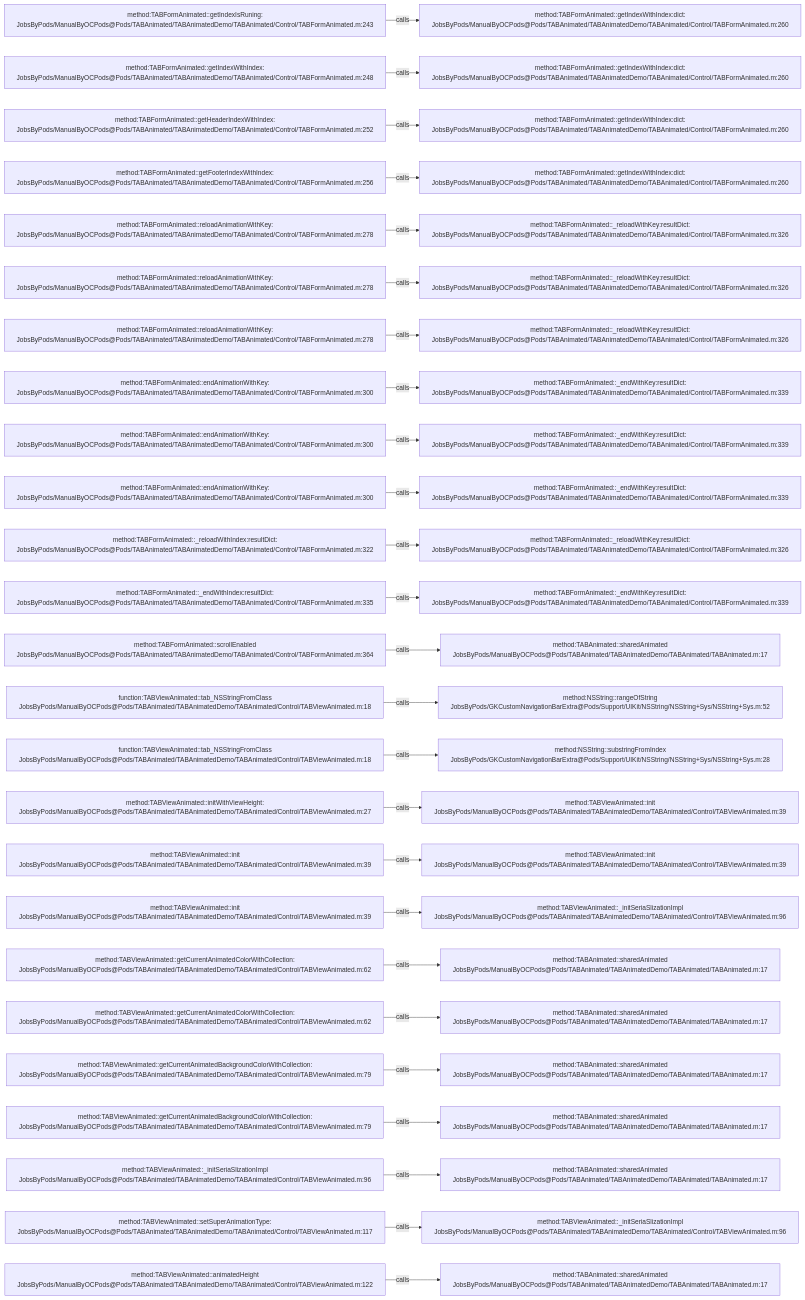
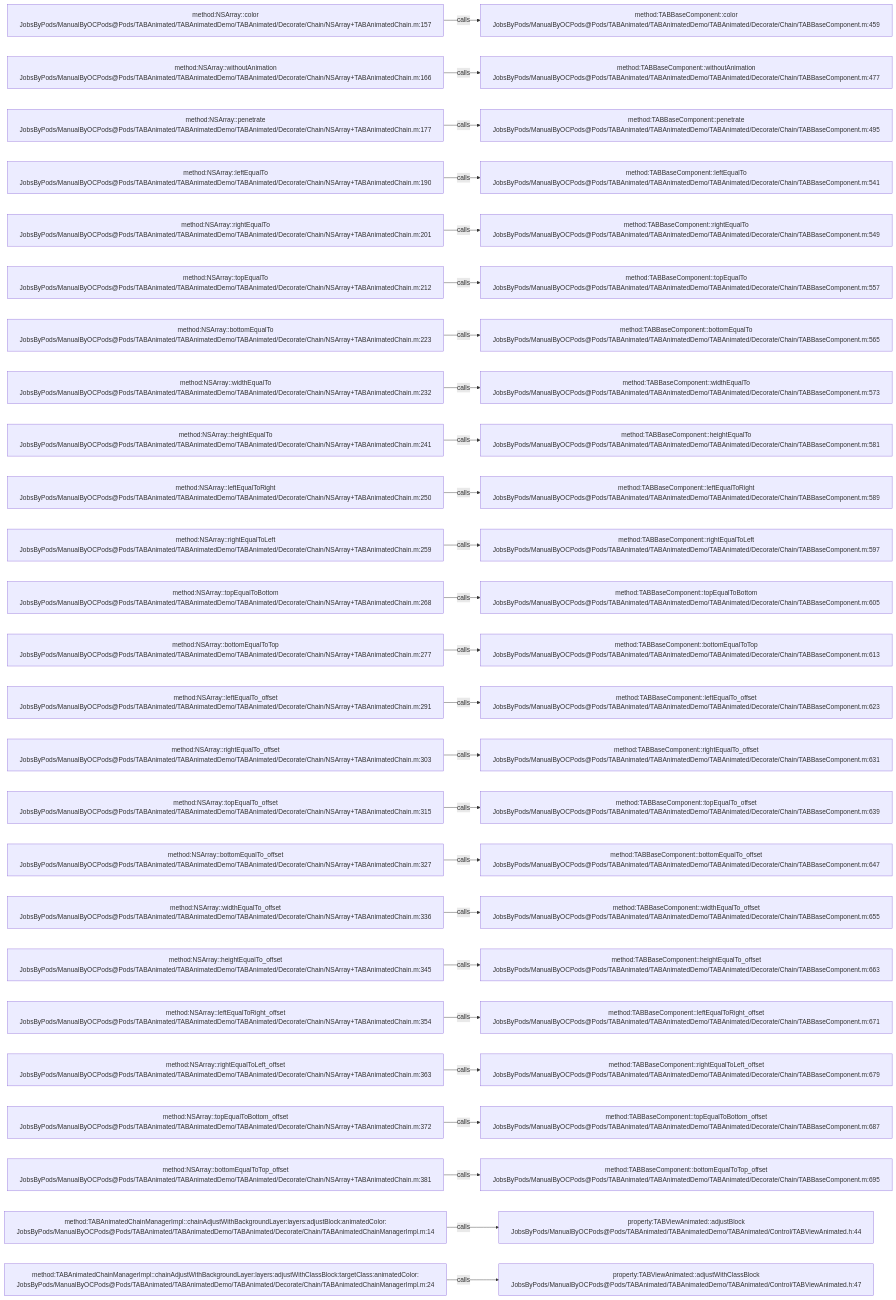
The diagram in .codegraph/codegraph.md/graphs/calls-023.md (JobsKits/JobsOCBaseConfigDemo), drawn with Mermaid before and after one commit. The commit also changed 1448 other files, not shown here.

````diff
--- a/.codegraph/codegraph.md/graphs/calls-023.md
+++ b/.codegraph/codegraph.md/graphs/calls-023.md
@@ -13,78 +13,78 @@
 ```mermaid
 flowchart LR
-  S1["method:TABFormAnimated::getIndexIsRuning:<br/>JobsByPods/ManualByOCPods@Pods/TABAnimated/TABAnimatedDemo/TABAnimated/Control/TABFormAnimated.m:243"]
-  T1["method:TABFormAnimated::getIndexWithIndex:dict:<br/>JobsByPods/ManualByOCPods@Pods/TABAnimated/TABAnimatedDemo/TABAnimated/Control/TABFormAnimated.m:260"]
+  S1["method:NSArray::color<br/>JobsByPods/ManualByOCPods@Pods/TABAnimated/TABAnimatedDemo/TABAnimated/Decorate/Chain/NSArray+TABAnimatedChain.m:157"]
+  T1["method:TABBaseComponent::color<br/>JobsByPods/ManualByOCPods@Pods/TABAnimated/TABAnimatedDemo/TABAnimated/Decorate/Chain/TABBaseComponent.m:459"]
   S1 -->|calls| T1
-  S2["method:TABFormAnimated::getIndexWithIndex:<br/>JobsByPods/ManualByOCPods@Pods/TABAnimated/TABAnimatedDemo/TABAnimated/Control/TABFormAnimated.m:248"]
-  T2["method:TABFormAnimated::getIndexWithIndex:dict:<br/>JobsByPods/ManualByOCPods@Pods/TABAnimated/TABAnimatedDemo/TABAnimated/Control/TABFormAnimated.m:260"]
+  S2["method:NSArray::withoutAnimation<br/>JobsByPods/ManualByOCPods@Pods/TABAnimated/TABAnimatedDemo/TABAnimated/Decorate/Chain/NSArray+TABAnimatedChain.m:166"]
+  T2["method:TABBaseComponent::withoutAnimation<br/>JobsByPods/ManualByOCPods@Pods/TABAnimated/TABAnimatedDemo/TABAnimated/Decorate/Chain/TABBaseComponent.m:477"]
   S2 -->|calls| T2
-  S3["method:TABFormAnimated::getHeaderIndexWithIndex:<br/>JobsByPods/ManualByOCPods@Pods/TABAnimated/TABAnimatedDemo/TABAnimated/Control/TABFormAnimated.m:252"]
-  T3["method:TABFormAnimated::getIndexWithIndex:dict:<br/>JobsByPods/ManualByOCPods@Pods/TABAnimated/TABAnimatedDemo/TABAnimated/Control/TABFormAnimated.m:260"]
+  S3["method:NSArray::penetrate<br/>JobsByPods/ManualByOCPods@Pods/TABAnimated/TABAnimatedDemo/TABAnimated/Decorate/Chain/NSArray+TABAnimatedChain.m:177"]
+  T3["method:TABBaseComponent::penetrate<br/>JobsByPods/ManualByOCPods@Pods/TABAnimated/TABAnimatedDemo/TABAnimated/Decorate/Chain/TABBaseComponent.m:495"]
   S3 -->|calls| T3
-  S4["method:TABFormAnimated::getFooterIndexWithIndex:<br/>JobsByPods/ManualByOCPods@Pods/TABAnimated/TABAnimatedDemo/TABAnimated/Control/TABFormAnimated.m:256"]
-  T4["method:TABFormAnimated::getIndexWithIndex:dict:<br/>JobsByPods/ManualByOCPods@Pods/TABAnimated/TABAnimatedDemo/TABAnimated/Control/TABFormAnimated.m:260"]
+  S4["method:NSArray::leftEqualTo<br/>JobsByPods/ManualByOCPods@Pods/TABAnimated/TABAnimatedDemo/TABAnimated/Decorate/Chain/NSArray+TABAnimatedChain.m:190"]
+  T4["method:TABBaseComponent::leftEqualTo<br/>JobsByPods/ManualByOCPods@Pods/TABAnimated/TABAnimatedDemo/TABAnimated/Decorate/Chain/TABBaseComponent.m:541"]
   S4 -->|calls| T4
-  S5["method:TABFormAnimated::reloadAnimationWithKey:<br/>JobsByPods/ManualByOCPods@Pods/TABAnimated/TABAnimatedDemo/TABAnimated/Control/TABFormAnimated.m:278"]
-  T5["method:TABFormAnimated::_reloadWithKey:resultDict:<br/>JobsByPods/ManualByOCPods@Pods/TABAnimated/TABAnimatedDemo/TABAnimated/Control/TABFormAnimated.m:326"]
+  S5["method:NSArray::rightEqualTo<br/>JobsByPods/ManualByOCPods@Pods/TABAnimated/TABAnimatedDemo/TABAnimated/Decorate/Chain/NSArray+TABAnimatedChain.m:201"]
+  T5["method:TABBaseComponent::rightEqualTo<br/>JobsByPods/ManualByOCPods@Pods/TABAnimated/TABAnimatedDemo/TABAnimated/Decorate/Chain/TABBaseComponent.m:549"]
   S5 -->|calls| T5
-  S6["method:TABFormAnimated::reloadAnimationWithKey:<br/>JobsByPods/ManualByOCPods@Pods/TABAnimated/TABAnimatedDemo/TABAnimated/Control/TABFormAnimated.m:278"]
-  T6["method:TABFormAnimated::_reloadWithKey:resultDict:<br/>JobsByPods/ManualByOCPods@Pods/TABAnimated/TABAnimatedDemo/TABAnimated/Control/TABFormAnimated.m:326"]
+  S6["method:NSArray::topEqualTo<br/>JobsByPods/ManualByOCPods@Pods/TABAnimated/TABAnimatedDemo/TABAnimated/Decorate/Chain/NSArray+TABAnimatedChain.m:212"]
+  T6["method:TABBaseComponent::topEqualTo<br/>JobsByPods/ManualByOCPods@Pods/TABAnimated/TABAnimatedDemo/TABAnimated/Decorate/Chain/TABBaseComponent.m:557"]
   S6 -->|calls| T6
-  S7["method:TABFormAnimated::reloadAnimationWithKey:<br/>JobsByPods/ManualByOCPods@Pods/TABAnimated/TABAnimatedDemo/TABAnimated/Control/TABFormAnimated.m:278"]
-  T7["method:TABFormAnimated::_reloadWithKey:resultDict:<br/>JobsByPods/ManualByOCPods@Pods/TABAnimated/TABAnimatedDemo/TABAnimated/Control/TABFormAnimated.m:326"]
+  S7["method:NSArray::bottomEqualTo<br/>JobsByPods/ManualByOCPods@Pods/TABAnimated/TABAnimatedDemo/TABAnimated/Decorate/Chain/NSArray+TABAnimatedChain.m:223"]
+  T7["method:TABBaseComponent::bottomEqualTo<br/>JobsByPods/ManualByOCPods@Pods/TABAnimated/TABAnimatedDemo/TABAnimated/Decorate/Chain/TABBaseComponent.m:565"]
   S7 -->|calls| T7
-  S8["method:TABFormAnimated::endAnimationWithKey:<br/>JobsByPods/ManualByOCPods@Pods/TABAnimated/TABAnimatedDemo/TABAnimated/Control/TABFormAnimated.m:300"]
-  T8["method:TABFormAnimated::_endWithKey:resultDict:<br/>JobsByPods/ManualByOCPods@Pods/TABAnimated/TABAnimatedDemo/TABAnimated/Control/TABFormAnimated.m:339"]
+  S8["method:NSArray::widthEqualTo<br/>JobsByPods/ManualByOCPods@Pods/TABAnimated/TABAnimatedDemo/TABAnimated/Decorate/Chain/NSArray+TABAnimatedChain.m:232"]
+  T8["method:TABBaseComponent::widthEqualTo<br/>JobsByPods/ManualByOCPods@Pods/TABAnimated/TABAnimatedDemo/TABAnimated/Decorate/Chain/TABBaseComponent.m:573"]
   S8 -->|calls| T8
-  S9["method:TABFormAnimated::endAnimationWithKey:<br/>JobsByPods/ManualByOCPods@Pods/TABAnimated/TABAnimatedDemo/TABAnimated/Control/TABFormAnimated.m:300"]
-  T9["method:TABFormAnimated::_endWithKey:resultDict:<br/>JobsByPods/ManualByOCPods@Pods/TABAnimated/TABAnimatedDemo/TABAnimated/Control/TABFormAnimated.m:339"]
+  S9["method:NSArray::heightEqualTo<br/>JobsByPods/ManualByOCPods@Pods/TABAnimated/TABAnimatedDemo/TABAnimated/Decorate/Chain/NSArray+TABAnimatedChain.m:241"]
+  T9["method:TABBaseComponent::heightEqualTo<br/>JobsByPods/ManualByOCPods@Pods/TABAnimated/TABAnimatedDemo/TABAnimated/Decorate/Chain/TABBaseComponent.m:581"]
   S9 -->|calls| T9
-  S10["method:TABFormAnimated::endAnimationWithKey:<br/>JobsByPods/ManualByOCPods@Pods/TABAnimated/TABAnimatedDemo/TABAnimated/Control/TABFormAnimated.m:300"]
-  T10["method:TABFormAnimated::_endWithKey:resultDict:<br/>JobsByPods/ManualByOCPods@Pods/TABAnimated/TABAnimatedDemo/TABAnimated/Control/TABFormAnimated.m:339"]
+  S10["method:NSArray::leftEqualToRight<br/>JobsByPods/ManualByOCPods@Pods/TABAnimated/TABAnimatedDemo/TABAnimated/Decorate/Chain/NSArray+TABAnimatedChain.m:250"]
+  T10["method:TABBaseComponent::leftEqualToRight<br/>JobsByPods/ManualByOCPods@Pods/TABAnimated/TABAnimatedDemo/TABAnimated/Decorate/Chain/TABBaseComponent.m:589"]
   S10 -->|calls| T10
-  S11["method:TABFormAnimated::_reloadWithIndex:resultDict:<br/>JobsByPods/ManualByOCPods@Pods/TABAnimated/TABAnimatedDemo/TABAnimated/Control/TABFormAnimated.m:322"]
-  T11["method:TABFormAnimated::_reloadWithKey:resultDict:<br/>JobsByPods/ManualByOCPods@Pods/TABAnimated/TABAnimatedDemo/TABAnimated/Control/TABFormAnimated.m:326"]
+  S11["method:NSArray::rightEqualToLeft<br/>JobsByPods/ManualByOCPods@Pods/TABAnimated/TABAnimatedDemo/TABAnimated/Decorate/Chain/NSArray+TABAnimatedChain.m:259"]
+  T11["method:TABBaseComponent::rightEqualToLeft<br/>JobsByPods/ManualByOCPods@Pods/TABAnimated/TABAnimatedDemo/TABAnimated/Decorate/Chain/TABBaseComponent.m:597"]
   S11 -->|calls| T11
-  S12["method:TABFormAnimated::_endWithIndex:resultDict:<br/>JobsByPods/ManualByOCPods@Pods/TABAnimated/TABAnimatedDemo/TABAnimated/Control/TABFormAnimated.m:335"]
-  T12["method:TABFormAnimated::_endWithKey:resultDict:<br/>JobsByPods/ManualByOCPods@Pods/TABAnimated/TABAnimatedDemo/TABAnimated/Control/TABFormAnimated.m:339"]
+  S12["method:NSArray::topEqualToBottom<br/>JobsByPods/ManualByOCPods@Pods/TABAnimated/TABAnimatedDemo/TABAnimated/Decorate/Chain/NSArray+TABAnimatedChain.m:268"]
+  T12["method:TABBaseComponent::topEqualToBottom<br/>JobsByPods/ManualByOCPods@Pods/TABAnimated/TABAnimatedDemo/TABAnimated/Decorate/Chain/TABBaseComponent.m:605"]
   S12 -->|calls| T12
-  S13["method:TABFormAnimated::scrollEnabled<br/>JobsByPods/ManualByOCPods@Pods/TABAnimated/TABAnimatedDemo/TABAnimated/Control/TABFormAnimated.m:364"]
-  T13["method:TABAnimated::sharedAnimated<br/>JobsByPods/ManualByOCPods@Pods/TABAnimated/TABAnimatedDemo/TABAnimated/TABAnimated.m:17"]
+  S13["method:NSArray::bottomEqualToTop<br/>JobsByPods/ManualByOCPods@Pods/TABAnimated/TABAnimatedDemo/TABAnimated/Decorate/Chain/NSArray+TABAnimatedChain.m:277"]
+  T13["method:TABBaseComponent::bottomEqualToTop<br/>JobsByPods/ManualByOCPods@Pods/TABAnimated/TABAnimatedDemo/TABAnimated/Decorate/Chain/TABBaseComponent.m:613"]
   S13 -->|calls| T13
-  S14["function:TABViewAnimated::tab_NSStringFromClass<br/>JobsByPods/ManualByOCPods@Pods/TABAnimated/TABAnimatedDemo/TABAnimated/Control/TABViewAnimated.m:18"]
-  T14["method:NSString::rangeOfString<br/>JobsByPods/GKCustomNavigationBarExtra@Pods/Support/UIKit/NSString/NSString+Sys/NSString+Sys.m:52"]
+  S14["method:NSArray::leftEqualTo_offset<br/>JobsByPods/ManualByOCPods@Pods/TABAnimated/TABAnimatedDemo/TABAnimated/Decorate/Chain/NSArray+TABAnimatedChain.m:291"]
+  T14["method:TABBaseComponent::leftEqualTo_offset<br/>JobsByPods/ManualByOCPods@Pods/TABAnimated/TABAnimatedDemo/TABAnimated/Decorate/Chain/TABBaseComponent.m:623"]
   S14 -->|calls| T14
-  S15["function:TABViewAnimated::tab_NSStringFromClass<br/>JobsByPods/ManualByOCPods@Pods/TABAnimated/TABAnimatedDemo/TABAnimated/Control/TABViewAnimated.m:18"]
-  T15["method:NSString::substringFromIndex<br/>JobsByPods/GKCustomNavigationBarExtra@Pods/Support/UIKit/NSString/NSString+Sys/NSString+Sys.m:28"]
+  S15["method:NSArray::rightEqualTo_offset<br/>JobsByPods/ManualByOCPods@Pods/TABAnimated/TABAnimatedDemo/TABAnimated/Decorate/Chain/NSArray+TABAnimatedChain.m:303"]
+  T15["method:TABBaseComponent::rightEqualTo_offset<br/>JobsByPods/ManualByOCPods@Pods/TABAnimated/TABAnimatedDemo/TABAnimated/Decorate/Chain/TABBaseComponent.m:631"]
   S15 -->|calls| T15
-  S16["method:TABViewAnimated::initWithViewHeight:<br/>JobsByPods/ManualByOCPods@Pods/TABAnimated/TABAnimatedDemo/TABAnimated/Control/TABViewAnimated.m:27"]
-  T16["method:TABViewAnimated::init<br/>JobsByPods/ManualByOCPods@Pods/TABAnimated/TABAnimatedDemo/TABAnimated/Control/TABViewAnimated.m:39"]
+  S16["method:NSArray::topEqualTo_offset<br/>JobsByPods/ManualByOCPods@Pods/TABAnimated/TABAnimatedDemo/TABAnimated/Decorate/Chain/NSArray+TABAnimatedChain.m:315"]
+  T16["method:TABBaseComponent::topEqualTo_offset<br/>JobsByPods/ManualByOCPods@Pods/TABAnimated/TABAnimatedDemo/TABAnimated/Decorate/Chain/TABBaseComponent.m:639"]
   S16 -->|calls| T16
-  S17["method:TABViewAnimated::init<br/>JobsByPods/ManualByOCPods@Pods/TABAnimated/TABAnimatedDemo/TABAnimated/Control/TABViewAnimated.m:39"]
-  T17["method:TABViewAnimated::init<br/>JobsByPods/ManualByOCPods@Pods/TABAnimated/TABAnimatedDemo/TABAnimated/Control/TABViewAnimated.m:39"]
+  S17["method:NSArray::bottomEqualTo_offset<br/>JobsByPods/ManualByOCPods@Pods/TABAnimated/TABAnimatedDemo/TABAnimated/Decorate/Chain/NSArray+TABAnimatedChain.m:327"]
+  T17["method:TABBaseComponent::bottomEqualTo_offset<br/>JobsByPods/ManualByOCPods@Pods/TABAnimated/TABAnimatedDemo/TABAnimated/Decorate/Chain/TABBaseComponent.m:647"]
   S17 -->|calls| T17
-  S18["method:TABViewAnimated::init<br/>JobsByPods/ManualByOCPods@Pods/TABAnimated/TABAnimatedDemo/TABAnimated/Control/TABViewAnimated.m:39"]
-  T18["method:TABViewAnimated::_initSeriaSlizationImpl<br/>JobsByPods/ManualByOCPods@Pods/TABAnimated/TABAnimatedDemo/TABAnimated/Control/TABViewAnimated.m:96"]
+  S18["method:NSArray::widthEqualTo_offset<br/>JobsByPods/ManualByOCPods@Pods/TABAnimated/TABAnimatedDemo/TABAnimated/Decorate/Chain/NSArray+TABAnimatedChain.m:336"]
+  T18["method:TABBaseComponent::widthEqualTo_offset<br/>JobsByPods/ManualByOCPods@Pods/TABAnimated/TABAnimatedDemo/TABAnimated/Decorate/Chain/TABBaseComponent.m:655"]
   S18 -->|calls| T18
-  S19["method:TABViewAnimated::getCurrentAnimatedColorWithCollection:<br/>JobsByPods/ManualByOCPods@Pods/TABAnimated/TABAnimatedDemo/TABAnimated/Control/TABViewAnimated.m:62"]
-  T19["method:TABAnimated::sharedAnimated<br/>JobsByPods/ManualByOCPods@Pods/TABAnimated/TABAnimatedDemo/TABAnimated/TABAnimated.m:17"]
+  S19["method:NSArray::heightEqualTo_offset<br/>JobsByPods/ManualByOCPods@Pods/TABAnimated/TABAnimatedDemo/TABAnimated/Decorate/Chain/NSArray+TABAnimatedChain.m:345"]
+  T19["method:TABBaseComponent::heightEqualTo_offset<br/>JobsByPods/ManualByOCPods@Pods/TABAnimated/TABAnimatedDemo/TABAnimated/Decorate/Chain/TABBaseComponent.m:663"]
   S19 -->|calls| T19
-  S20["method:TABViewAnimated::getCurrentAnimatedColorWithCollection:<br/>JobsByPods/ManualByOCPods@Pods/TABAnimated/TABAnimatedDemo/TABAnimated/Control/TABViewAnimated.m:62"]
-  T20["method:TABAnimated::sharedAnimated<br/>JobsByPods/ManualByOCPods@Pods/TABAnimated/TABAnimatedDemo/TABAnimated/TABAnimated.m:17"]
+  S20["method:NSArray::leftEqualToRight_offset<br/>JobsByPods/ManualByOCPods@Pods/TABAnimated/TABAnimatedDemo/TABAnimated/Decorate/Chain/NSArray+TABAnimatedChain.m:354"]
+  T20["method:TABBaseComponent::leftEqualToRight_offset<br/>JobsByPods/ManualByOCPods@Pods/TABAnimated/TABAnimatedDemo/TABAnimated/Decorate/Chain/TABBaseComponent.m:671"]
   S20 -->|calls| T20
-  S21["method:TABViewAnimated::getCurrentAnimatedBackgroundColorWithCollection:<br/>JobsByPods/ManualByOCPods@Pods/TABAnimated/TABAnimatedDemo/TABAnimated/Control/TABViewAnimated.m:79"]
-  T21["method:TABAnimated::sharedAnimated<br/>JobsByPods/ManualByOCPods@Pods/TABAnimated/TABAnimatedDemo/TABAnimated/TABAnimated.m:17"]
+  S21["method:NSArray::rightEqualToLeft_offset<br/>JobsByPods/ManualByOCPods@Pods/TABAnimated/TABAnimatedDemo/TABAnimated/Decorate/Chain/NSArray+TABAnimatedChain.m:363"]
+  T21["method:TABBaseComponent::rightEqualToLeft_offset<br/>JobsByPods/ManualByOCPods@Pods/TABAnimated/TABAnimatedDemo/TABAnimated/Decorate/Chain/TABBaseComponent.m:679"]
   S21 -->|calls| T21
-  S22["method:TABViewAnimated::getCurrentAnimatedBackgroundColorWithCollection:<br/>JobsByPods/ManualByOCPods@Pods/TABAnimated/TABAnimatedDemo/TABAnimated/Control/TABViewAnimated.m:79"]
-  T22["method:TABAnimated::sharedAnimated<br/>JobsByPods/ManualByOCPods@Pods/TABAnimated/TABAnimatedDemo/TABAnimated/TABAnimated.m:17"]
+  S22["method:NSArray::topEqualToBottom_offset<br/>JobsByPods/ManualByOCPods@Pods/TABAnimated/TABAnimatedDemo/TABAnimated/Decorate/Chain/NSArray+TABAnimatedChain.m:372"]
+  T22["method:TABBaseComponent::topEqualToBottom_offset<br/>JobsByPods/ManualByOCPods@Pods/TABAnimated/TABAnimatedDemo/TABAnimated/Decorate/Chain/TABBaseComponent.m:687"]
   S22 -->|calls| T22
-  S23["method:TABViewAnimated::_initSeriaSlizationImpl<br/>JobsByPods/ManualByOCPods@Pods/TABAnimated/TABAnimatedDemo/TABAnimated/Control/TABViewAnimated.m:96"]
-  T23["method:TABAnimated::sharedAnimated<br/>JobsByPods/ManualByOCPods@Pods/TABAnimated/TABAnimatedDemo/TABAnimated/TABAnimated.m:17"]
+  S23["method:NSArray::bottomEqualToTop_offset<br/>JobsByPods/ManualByOCPods@Pods/TABAnimated/TABAnimatedDemo/TABAnimated/Decorate/Chain/NSArray+TABAnimatedChain.m:381"]
+  T23["method:TABBaseComponent::bottomEqualToTop_offset<br/>JobsByPods/ManualByOCPods@Pods/TABAnimated/TABAnimatedDemo/TABAnimated/Decorate/Chain/TABBaseComponent.m:695"]
   S23 -->|calls| T23
-  S24["method:TABViewAnimated::setSuperAnimationType:<br/>JobsByPods/ManualByOCPods@Pods/TABAnimated/TABAnimatedDemo/TABAnimated/Control/TABViewAnimated.m:117"]
-  T24["method:TABViewAnimated::_initSeriaSlizationImpl<br/>JobsByPods/ManualByOCPods@Pods/TABAnimated/TABAnimatedDemo/TABAnimated/Control/TABViewAnimated.m:96"]
+  S24["method:TABAnimatedChainManagerImpl::chainAdjustWithBackgroundLayer:layers:adjustBlock:animatedColor:<br/>JobsByPods/ManualByOCPods@Pods/TABAnimated/TABAnimatedDemo/TABAnimated/Decorate/Chain/TABAnimatedChainManagerImpl.m:14"]
+  T24["property:TABViewAnimated::adjustBlock<br/>JobsByPods/ManualByOCPods@Pods/TABAnimated/TABAnimatedDemo/TABAnimated/Control/TABViewAnimated.h:44"]
   S24 -->|calls| T24
-  S25["method:TABViewAnimated::animatedHeight<br/>JobsByPods/ManualByOCPods@Pods/TABAnimated/TABAnimatedDemo/TABAnimated/Control/TABViewAnimated.m:122"]
-  T25["method:TABAnimated::sharedAnimated<br/>JobsByPods/ManualByOCPods@Pods/TABAnimated/TABAnimatedDemo/TABAnimated/TABAnimated.m:17"]
+  S25["method:TABAnimatedChainManagerImpl::chainAdjustWithBackgroundLayer:layers:adjustWithClassBlock:targetClass:animatedColor:<br/>JobsByPods/ManualByOCPods@Pods/TABAnimated/TABAnimatedDemo/TABAnimated/Decorate/Chain/TABAnimatedChainManagerImpl.m:24"]
+  T25["property:TABViewAnimated::adjustWithClassBlock<br/>JobsByPods/ManualByOCPods@Pods/TABAnimated/TABAnimatedDemo/TABAnimated/Control/TABViewAnimated.h:47"]
   S25 -->|calls| T25
 ```
````
